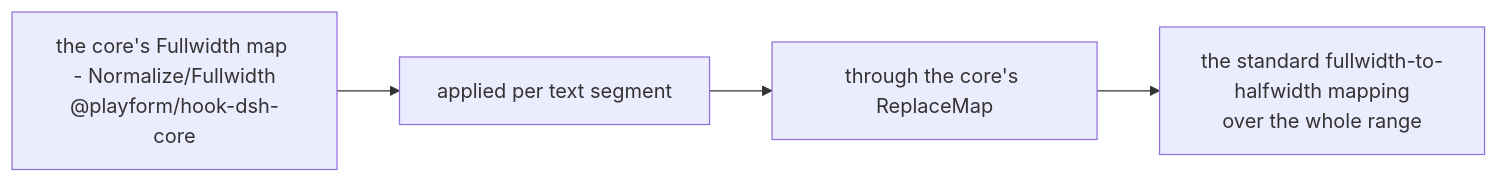
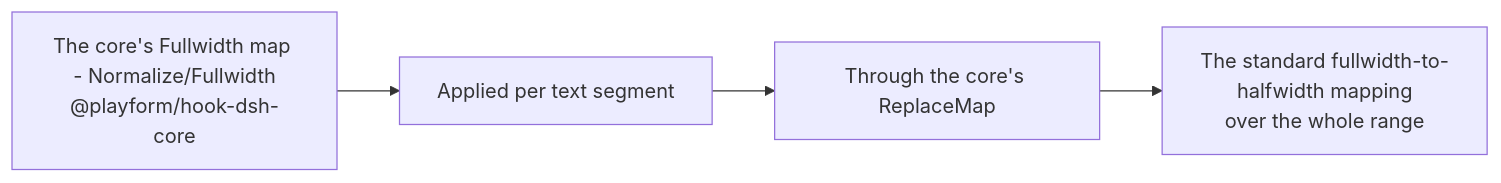
The diagram in Source/Content/Mermaid/fullwidth-transform.mmd (PlayForm/Site-DeepSeek), drawn with Mermaid before and after one commit. The commit also changed 141 other files, not shown here.

```diff
--- a/Source/Content/Mermaid/fullwidth-transform.mmd
+++ b/Source/Content/Mermaid/fullwidth-transform.mmd
@@ -1,6 +1,6 @@
 flowchart LR
-	MAP["the core's Fullwidth map - Normalize/Fullwidth<br/>@playform/hook-dsh-core"]
-	SEG["applied per text segment"]
-	REP["through the core's ReplaceMap"]
-	STD["the standard fullwidth-to-halfwidth mapping<br/>over the whole range"]
+	MAP["The core's Fullwidth map - Normalize/Fullwidth<br/>@playform/hook-dsh-core"]
+	SEG["Applied per text segment"]
+	REP["Through the core's ReplaceMap"]
+	STD["The standard fullwidth-to-halfwidth mapping<br/>over the whole range"]
 	MAP --> SEG --> REP --> STD
```
